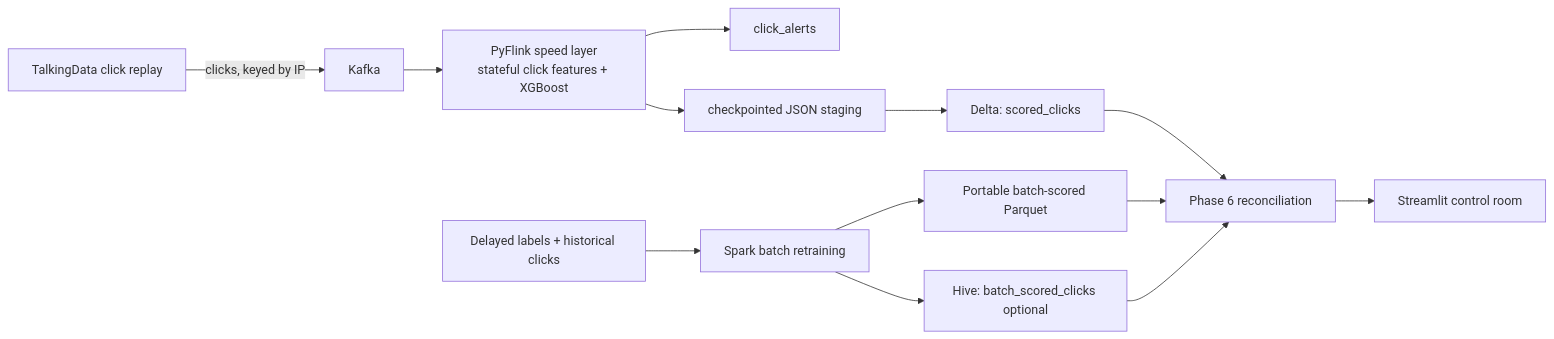
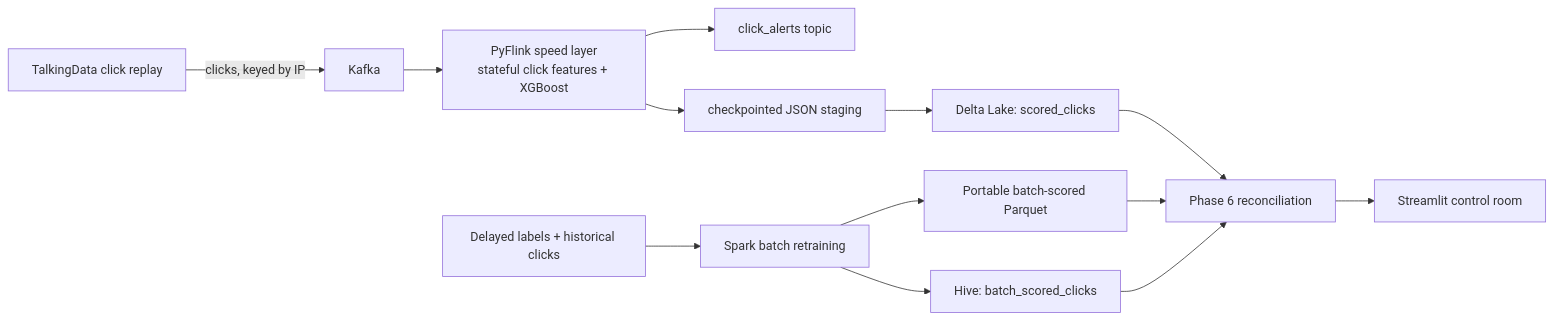
Before and after one commit to shivankbhatia/apple-project: the diagram in README.md, drawn with Mermaid. The commit also changed other lines of this file and 21 other files, not shown here.

````diff
--- a/README.md
+++ b/README.md
@@ -132,15 +53,15 @@
 ```mermaid
 flowchart LR
     Producer[TalkingData click replay] -->|clicks, keyed by IP| Kafka[Kafka]
-    Kafka --> Flink[PyFlink speed layer\nstateful click features + XGBoost]
-    Flink --> Alerts[click_alerts]
+    Kafka --> Flink[PyFlink speed layer<br/>stateful click features + XGBoost]
+    Flink --> Alerts[click_alerts topic]
     Flink --> Staging[checkpointed JSON staging]
-    Staging --> Delta[Delta: scored_clicks]
+    Staging --> Delta[Delta Lake: scored_clicks]
     Historical[Delayed labels + historical clicks] --> Spark[Spark batch retraining]
-    Spark --> BatchView[Portable batch-scored Parquet]
-    Spark --> Hive[Hive: batch_scored_clicks optional]
+    Spark --> BatchParquet[Portable batch-scored Parquet]
+    Spark --> Hive[Hive: batch_scored_clicks]
     Delta --> Reconcile[Phase 6 reconciliation]
-    BatchView --> Reconcile
+    BatchParquet --> Reconcile
     Hive --> Reconcile
     Reconcile --> Dashboard[Streamlit control room]
 ```
````
